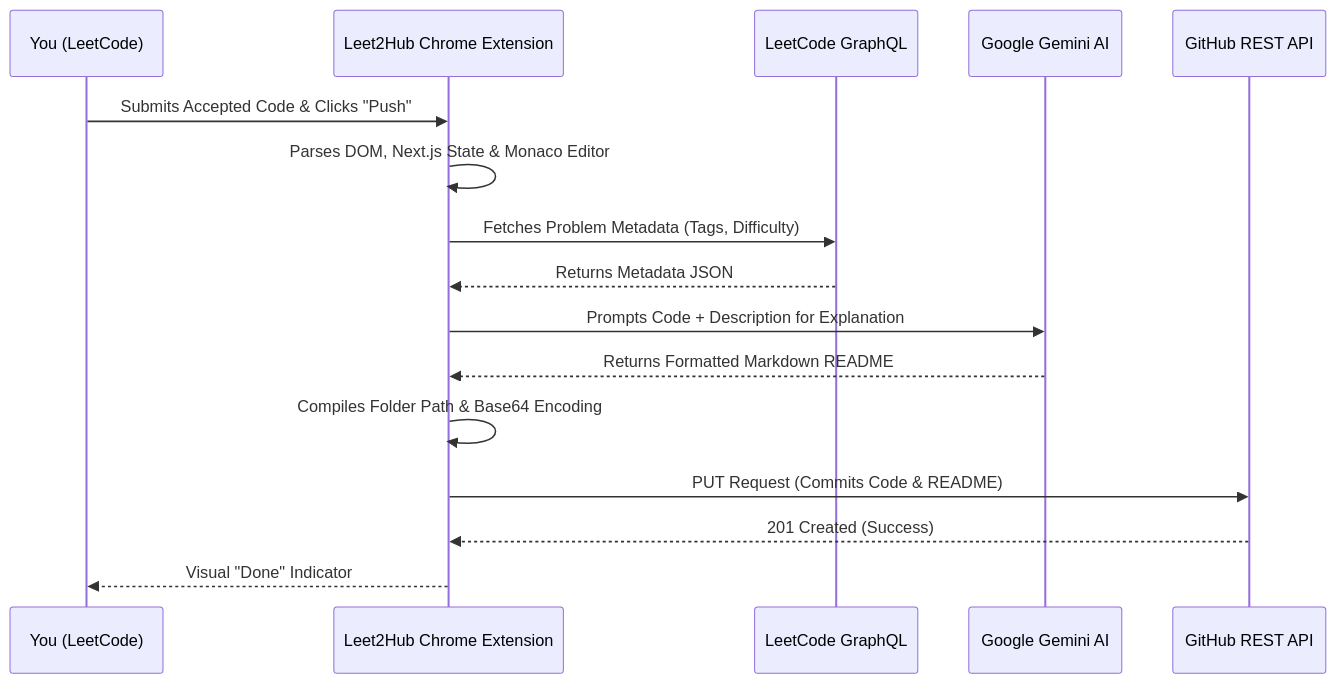
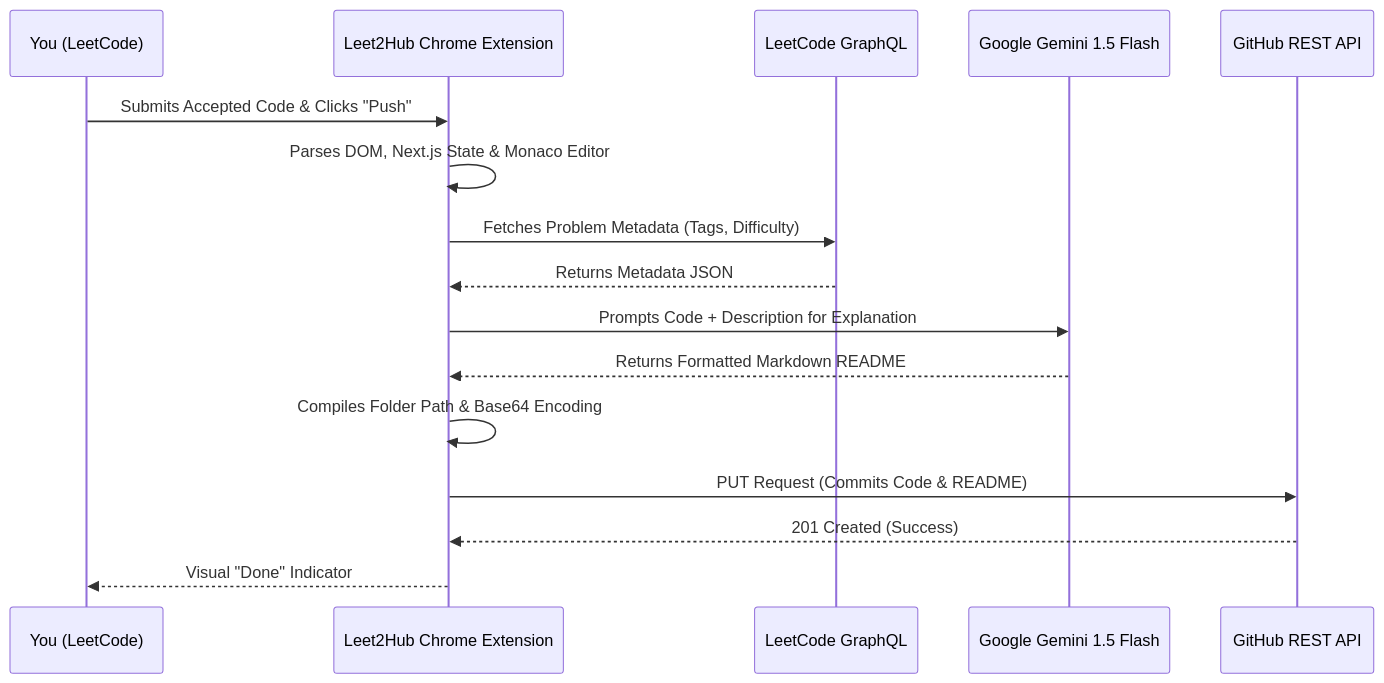
The first of 3 diagrams in README.md (Anuj-er/leet2hub), drawn with Mermaid before and after one commit. The commit also changed other lines of this file and 10 other files, not shown here.

````diff
--- a/README.md
+++ b/README.md
@@ -42,19 +48,19 @@
 ```mermaid
 sequenceDiagram
     participant User as You (LeetCode)
     participant L2H as Leet2Hub Chrome Extension
     participant LC as LeetCode GraphQL
-    participant Gemini as Google Gemini AI
+    participant Gemini as Google Gemini 1.5 Flash
     participant GH as GitHub REST API
 
     User->>L2H: Submits Accepted Code & Clicks "Push"
     L2H->>L2H: Parses DOM, Next.js State & Monaco Editor
     L2H->>LC: Fetches Problem Metadata (Tags, Difficulty)
     LC-->>L2H: Returns Metadata JSON
     L2H->>Gemini: Prompts Code + Description for Explanation
     Gemini-->>L2H: Returns Formatted Markdown README
     L2H->>L2H: Compiles Folder Path & Base64 Encoding
     L2H->>GH: PUT Request (Commits Code & README)
     GH-->>L2H: 201 Created (Success)
     L2H-->>User: Visual "Done" Indicator
 ```
````
